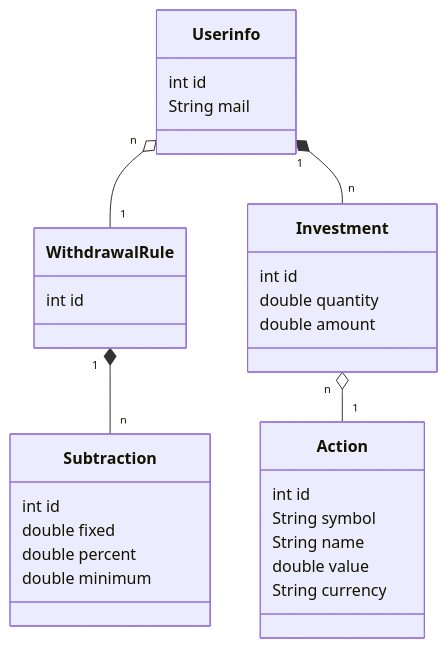
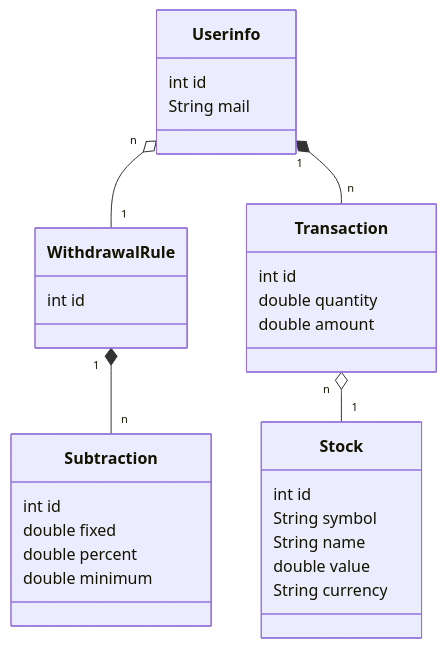
Before and after one commit to baudee/invman: the diagram in README.md, drawn with Mermaid. The commit also changed 29 other files, not shown here.

````diff
--- a/README.md
+++ b/README.md
@@ -5,40 +5,40 @@
 ```mermaid
 classDiagram
 %% Relationships
 Userinfo "n" o-- "1" WithdrawalRule
 WithdrawalRule "1" *-- "n" Subtraction
-Userinfo "1" *-- "n" Investment
-Investment "n" o-- "1" Action
+Userinfo "1" *-- "n" Transaction
+Transaction "n" o-- "1" Stock
 
 
 %% Classes
 class Userinfo {
     int id
     String mail
 }
 
-class Investment {
+class Transaction {
     int id
     double quantity
     double amount
 }
 
-class Action {
+class Stock {
     int id
     String symbol
     String name
     double value
     String currency
 }
 
 class WithdrawalRule {
     int id
 }
 
 class Subtraction {
     int id
     double fixed
     double percent
     double minimum
 }
 ```
````
